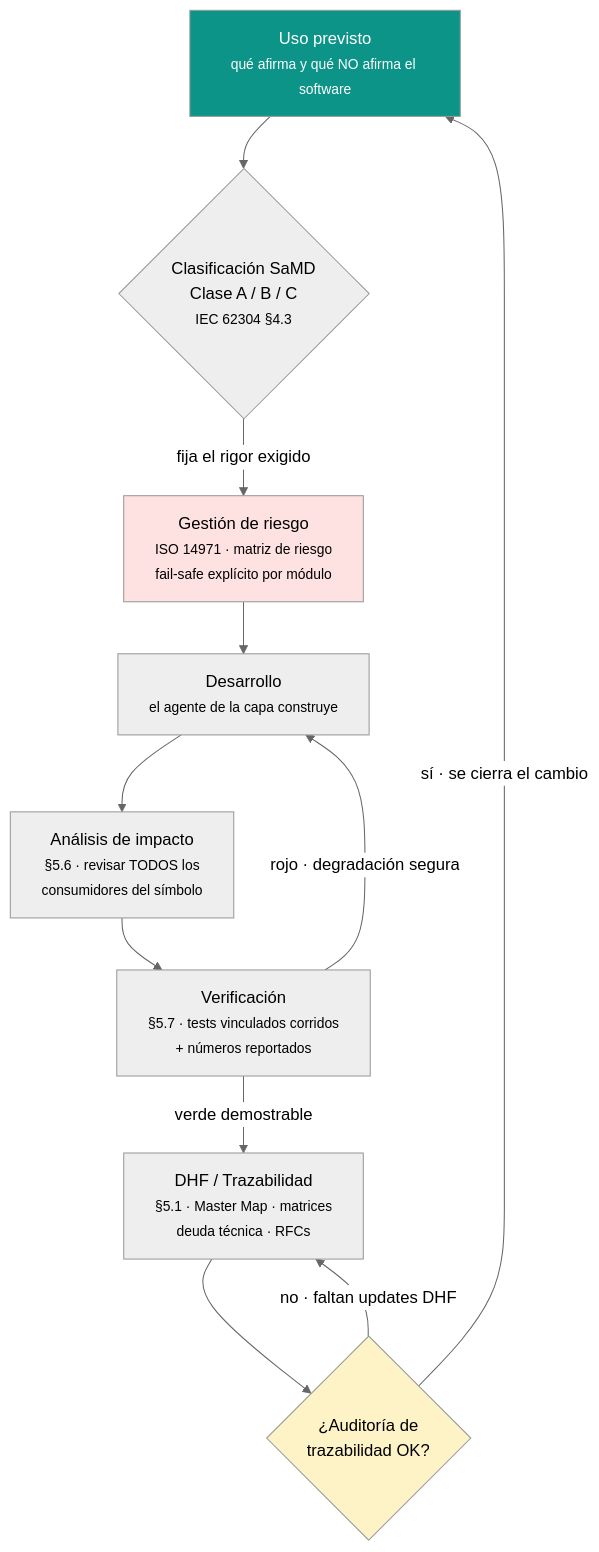
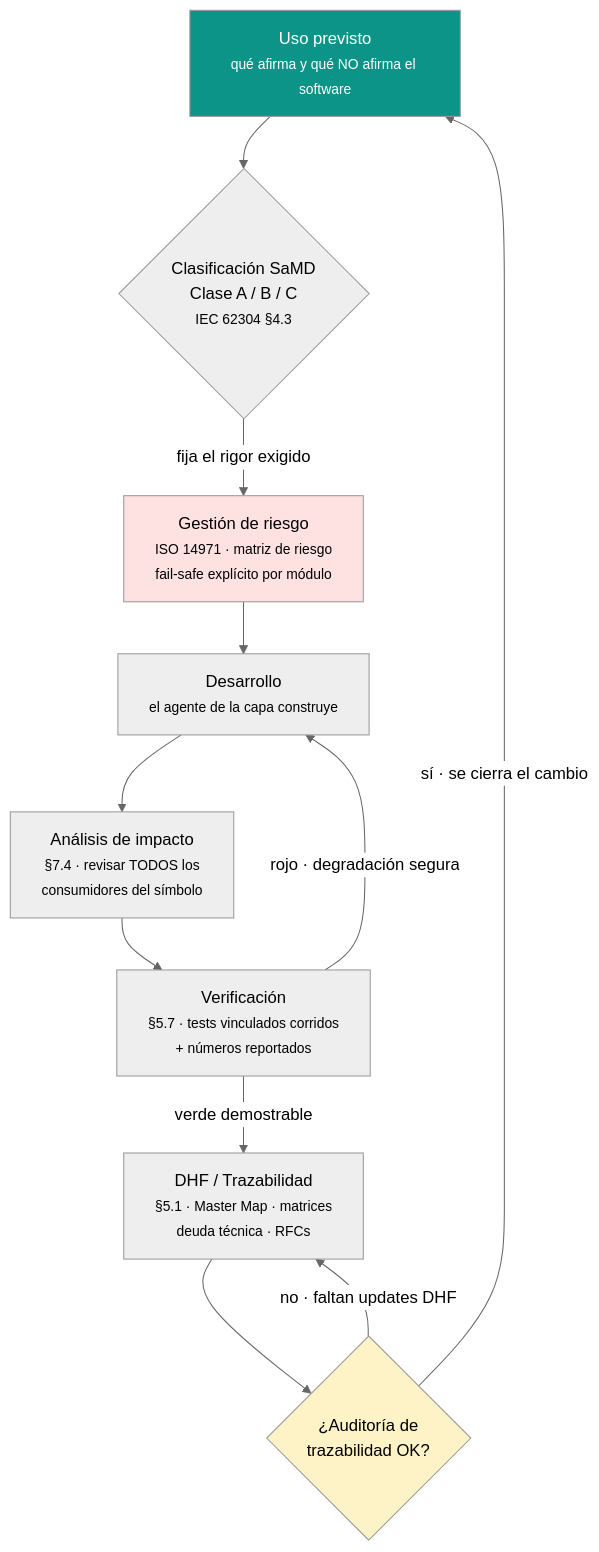
The second of 2 diagrams in docs/02_architecture_and_design/AGENT_TEAM_AND_FLOW.md (bryan-basg/samd-starter-kit), drawn with Mermaid (neutral theme) before and after one commit. The commit also changed other lines of this file and 90 other files, not shown here.

````diff
--- a/docs/02_architecture_and_design/AGENT_TEAM_AND_FLOW.md
+++ b/docs/02_architecture_and_design/AGENT_TEAM_AND_FLOW.md
@@ -111,26 +111,26 @@
 ```mermaid
 flowchart TD
     IU["Uso previsto<br/><small>qué afirma y qué NO afirma el software</small>"]
     CLASS{"Clasificación SaMD<br/>Clase A / B / C<br/><small>IEC 62304 §4.3</small>"}
     RISK["Gestión de riesgo<br/><small>ISO 14971 · matriz de riesgo<br/>fail-safe explícito por módulo</small>"]
     DEV["Desarrollo<br/><small>el agente de la capa construye</small>"]
-    IMPACT["Análisis de impacto<br/><small>§5.6 · revisar TODOS los<br/>consumidores del símbolo</small>"]
+    IMPACT["Análisis de impacto<br/><small>§7.4 · revisar TODOS los<br/>consumidores del símbolo</small>"]
     VERIF["Verificación<br/><small>§5.7 · tests vinculados corridos<br/>+ números reportados</small>"]
     DHF["DHF / Trazabilidad<br/><small>§5.1 · Master Map · matrices<br/>deuda técnica · RFCs</small>"]
     GATE{"¿Auditoría de<br/>trazabilidad OK?"}
 
     IU --> CLASS
     CLASS -->|"fija el rigor exigido"| RISK
     RISK --> DEV
     DEV --> IMPACT
     IMPACT --> VERIF
     VERIF -->|"verde demostrable"| DHF
     DHF --> GATE
     GATE -->|"sí · se cierra el cambio"| IU
     GATE -->|"no · faltan updates DHF"| DHF
     VERIF -->|"rojo · degradación segura"| DEV
 
     style IU fill:#0d9488,color:#fff
     style GATE fill:#fef3c7
     style RISK fill:#fee2e2
 ```
````
